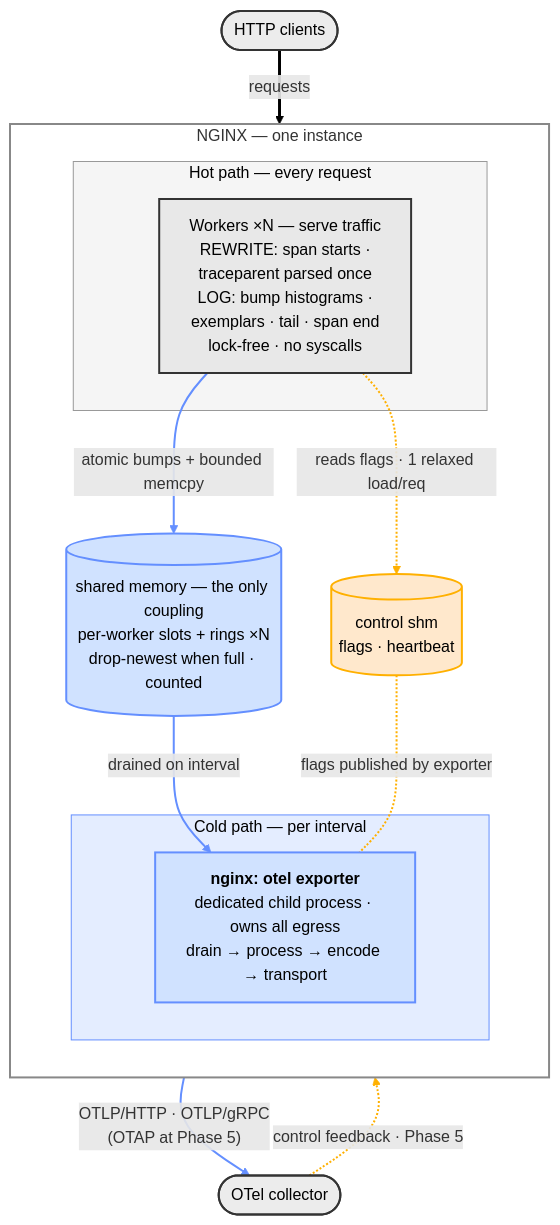
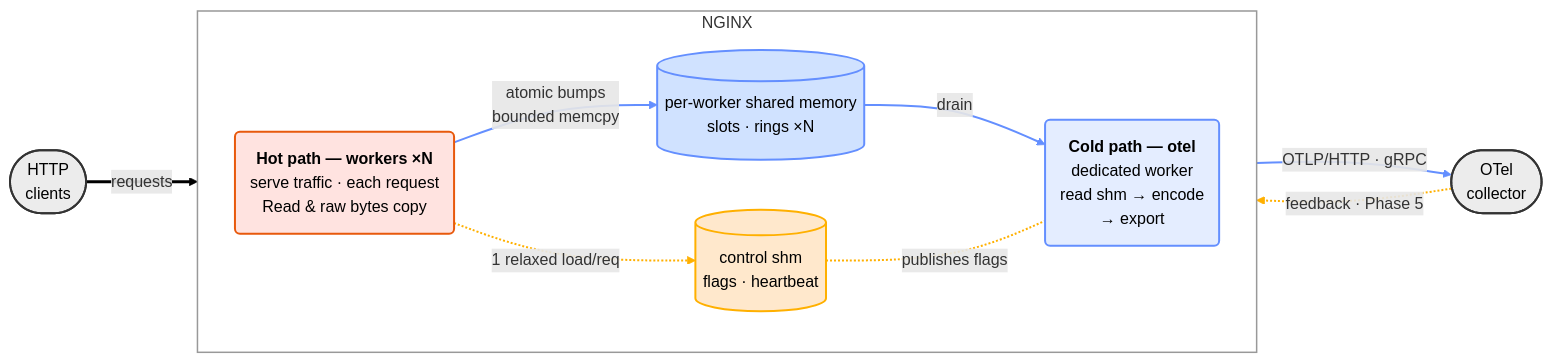
The diagram in README.md (CVanF5/ngx-otel-rust), drawn with Mermaid before and after one commit. The commit also changed other lines of this file, not shown here.

First line of the commit message:
docs(readme): architecture diagram rework — LR pipeline, temperature colours

````diff
--- a/README.md
+++ b/README.md
@@ -69,39 +79,34 @@
 ```mermaid
-flowchart TB
-    Client(["HTTP clients"]):::ext
+flowchart LR
+    Client(["HTTP<br/>clients"]):::ext
 
-    subgraph NGINX["NGINX — one instance"]
-        direction TB
-        subgraph Hot["Hot path — every request"]
-            Workers["Workers ×N — serve traffic<br/>REWRITE: span starts ·<br/>traceparent parsed once<br/>LOG: bump histograms ·<br/>exemplars · tail · span end<br/>lock-free · no syscalls"]:::data
-        end
-        SHM[("shared memory — the only coupling<br/>per-worker slots + rings ×N<br/>drop-newest when full · counted")]:::tel
+    subgraph NGINX
+        direction LR
+        Workers("<b>Hot path — workers ×N</b><br/>serve traffic · each request<br/>Read & raw bytes copy"):::data
+        SHM[("per-worker shared memory<br/>slots · rings ×N<br/>")]:::tel
         Ctl[("control shm<br/>flags · heartbeat")]:::ctl
-        subgraph Cold["Cold path — per interval"]
-            Exp["<b>nginx: otel exporter</b><br/>dedicated child process · owns all egress<br/>drain → process → encode → transport"]:::tel
-        end
+        Exp("<b>Cold path — otel</b><br/>dedicated worker<br/>read shm → encode<br/> → export<br/>"):::telbig
     end
 
-    Coll(["OTel collector"]):::ext
+    Coll(["OTel<br/>collector"]):::ext
 
     Client ==>|"requests"| Workers
-    Workers -->|"atomic bumps + bounded memcpy"| SHM
-    Workers -.->|"reads flags · 1 relaxed load/req"| Ctl
-    SHM -->|"drained on interval"| Exp
-    Ctl -. "flags published by exporter" .- Exp
-    Exp -->|"OTLP/HTTP · OTLP/gRPC<br/>(OTAP at Phase 5)"| Coll
-    Coll -.->|"control feedback · Phase 5"| Exp
+    Workers -->|"atomic bumps<br/>bounded memcpy"| SHM
+    Workers -.->|"1 relaxed load/req"| Ctl
+    SHM -->|"drain"| Exp
+    Ctl -. "publishes flags" .- Exp
+    Exp -->|"OTLP/HTTP · gRPC"| Coll
+    Coll -.->|"feedback · Phase 5"| Exp
 
-    classDef data fill:#e8e8e8,stroke:#333333,stroke-width:2px,color:#000000;
+    classDef data fill:#ffe3e0,stroke:#e8590c,stroke-width:2px,color:#000000;
     classDef tel fill:#d0e2ff,stroke:#648FFF,stroke-width:2px,color:#000000;
+    classDef telbig fill:#e4edff,stroke:#648FFF,stroke-width:2px,color:#000000;
     classDef ctl fill:#ffe8cc,stroke:#FFB000,stroke-width:2px,color:#000000;
     classDef ext fill:#ececec,stroke:#333333,stroke-width:2px,color:#000000;
 
-    style Hot fill:#f5f5f5,stroke:#999999,stroke-width:1px,color:#000000;
-    style Cold fill:#e4edff,stroke:#648FFF,stroke-width:1px,color:#000000;
-    style NGINX fill:transparent,stroke:#888888,stroke-width:2px;
+    style NGINX fill:transparent,stroke:#999999,stroke-width:1.5px;
 
     linkStyle 1,3,5 stroke:#648FFF,stroke-width:2px;
     linkStyle 0 stroke:#000000,stroke-width:3px;
     linkStyle 2,4,6 stroke:#FFB000,stroke-width:2px;
 ```
````
